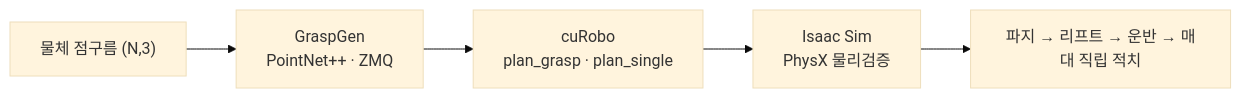
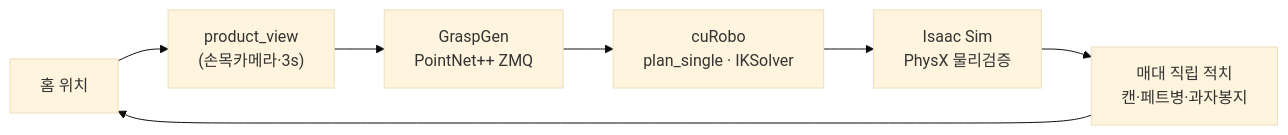
Before and after one commit to grim132435-boop/smart-shelf-robot: the diagram in README.md, drawn with Mermaid (base theme). The commit also changed other lines of this file, not shown here.

````diff
--- a/README.md
+++ b/README.md
@@ -16,7 +29,9 @@
 ```mermaid
 flowchart LR
-  PC["물체 점구름 (N,3)"] --> GG["GraspGen<br>PointNet++ · ZMQ"]
-  GG --> CR["cuRobo<br>plan_grasp · plan_single"]
+  HM["홈 위치"] --> PV["product_view<br>(손목카메라·3s)"]
+  PV --> GG["GraspGen<br>PointNet++ ZMQ"]
+  GG --> CR["cuRobo<br>plan_single · IKSolver"]
   CR --> IS["Isaac Sim<br>PhysX 물리검증"]
-  IS --> SH["파지 → 리프트 → 운반 → 매대 직립 적치"]
+  IS --> PL["매대 직립 적치<br>캔·페트병·과자봉지"]
+  PL --> HM
 ```
````
